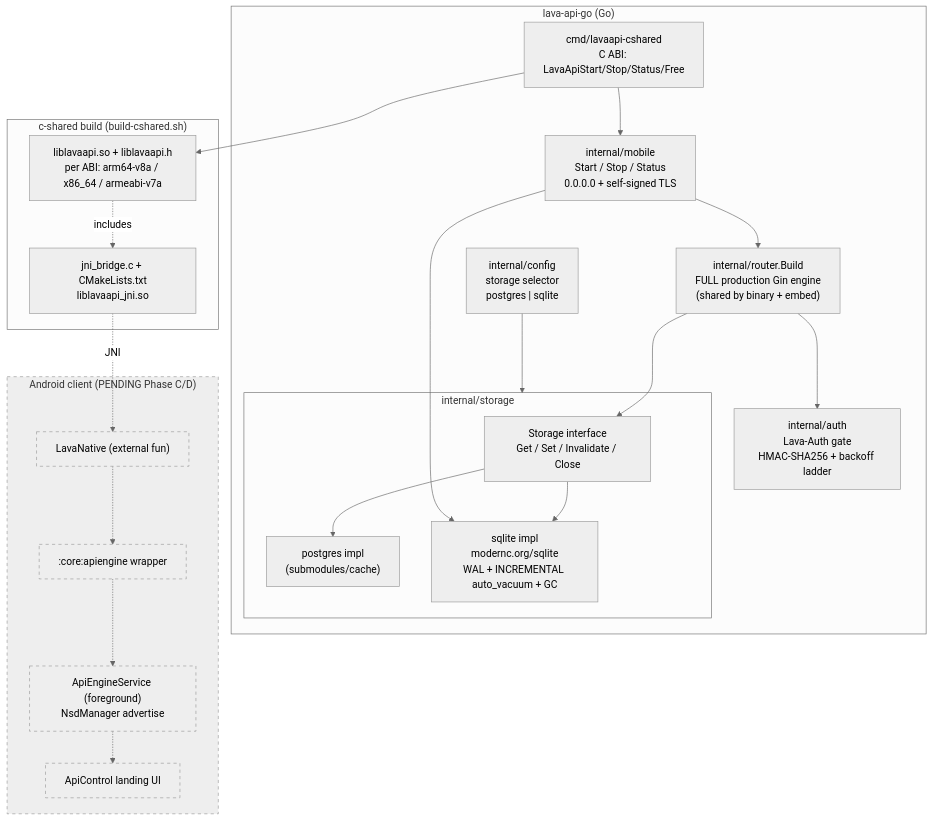
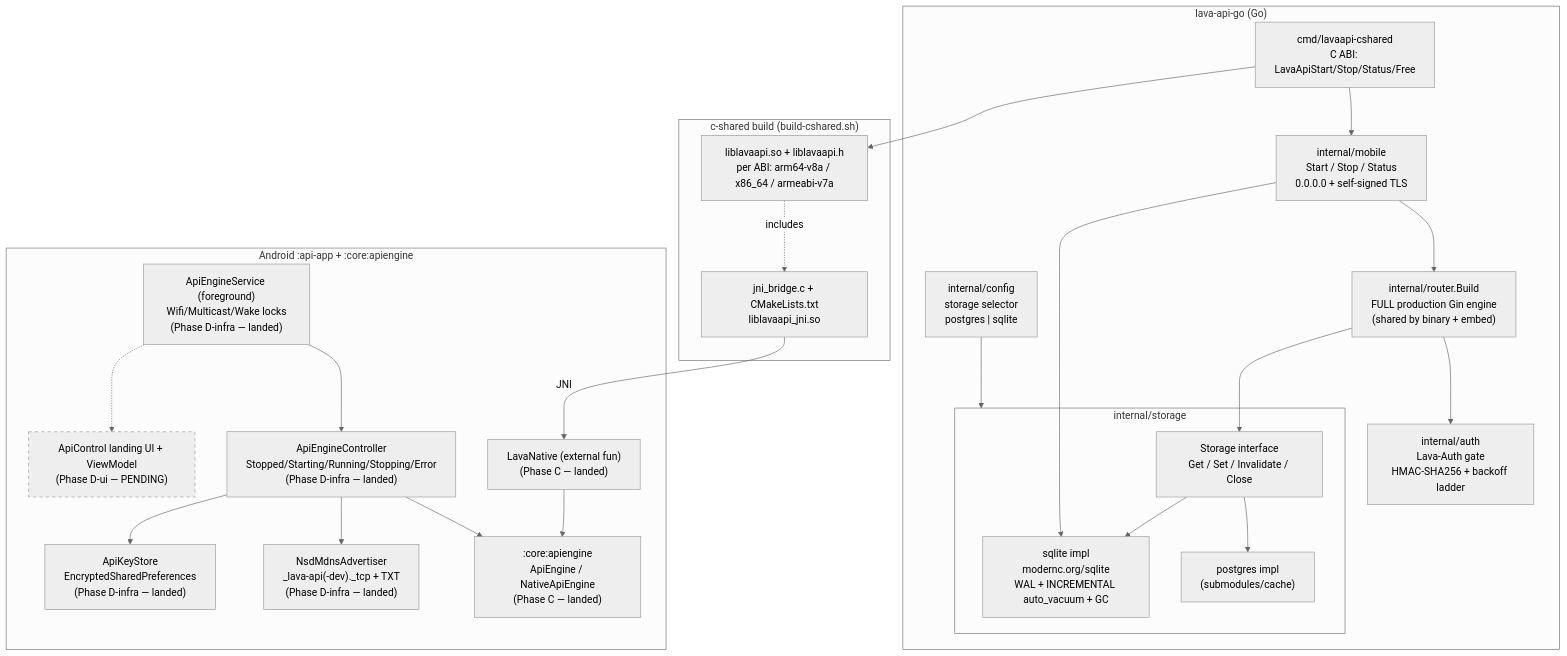
The first of 4 diagrams in docs/ON_DEVICE_API.md (milos85vasic/Lava), drawn with Mermaid (neutral theme) before and after one commit. The commit also changed other lines of this file and 4 other files, not shown here.

First line of the commit message:
docs(on-device-api): document Phase C (:core:apiengine JNI wrapper) + Phase D-infra (:api-app)

````diff
--- a/docs/ON_DEVICE_API.md
+++ b/docs/ON_DEVICE_API.md
@@ -352,45 +701,51 @@
 ```mermaid
 flowchart TB
     subgraph LavaApiGo["lava-api-go (Go)"]
         cfg["internal/config<br/>storage selector<br/>postgres | sqlite"]
         router["internal/router.Build<br/>FULL production Gin engine<br/>(shared by binary + embed)"]
         auth["internal/auth<br/>Lava-Auth gate<br/>HMAC-SHA256 + backoff ladder"]
         subgraph Storage["internal/storage"]
             iface["Storage interface<br/>Get / Set / Invalidate / Close"]
             pg["postgres impl<br/>(submodules/cache)"]
             sq["sqlite impl<br/>modernc.org/sqlite<br/>WAL + INCREMENTAL auto_vacuum + GC"]
         end
         mobile["internal/mobile<br/>Start / Stop / Status<br/>0.0.0.0 + self-signed TLS"]
         cshared["cmd/lavaapi-cshared<br/>C ABI: LavaApiStart/Stop/Status/Free"]
     end
 
     subgraph NativeBuild["c-shared build (build-cshared.sh)"]
         so["liblavaapi.so + liblavaapi.h<br/>per ABI: arm64-v8a / x86_64 / armeabi-v7a"]
         jni["jni_bridge.c + CMakeLists.txt<br/>liblavaapi_jni.so"]
     end
 
-    subgraph Android["Android client (PENDING Phase C/D)"]
-        kotlin["LavaNative (external fun)"]
-        engine[":core:apiengine wrapper"]
-        svc["ApiEngineService (foreground)<br/>NsdManager advertise"]
-        ui["ApiControl landing UI"]
+    subgraph Android["Android :api-app + :core:apiengine"]
+        kotlin["LavaNative (external fun)<br/>(Phase C — landed)"]
+        engine[":core:apiengine<br/>ApiEngine / NativeApiEngine<br/>(Phase C — landed)"]
+        ctrl["ApiEngineController<br/>Stopped/Starting/Running/Stopping/Error<br/>(Phase D-infra — landed)"]
+        svc["ApiEngineService (foreground)<br/>Wifi/Multicast/Wake locks<br/>(Phase D-infra — landed)"]
+        adv["NsdMdnsAdvertiser<br/>_lava-api(-dev)._tcp + TXT<br/>(Phase D-infra — landed)"]
+        keys["ApiKeyStore<br/>EncryptedSharedPreferences<br/>(Phase D-infra — landed)"]
+        ui["ApiControl landing UI + ViewModel<br/>(Phase D-ui — PENDING)"]
     end
 
     cfg --> Storage
     iface --> pg
     iface --> sq
     mobile --> router
     router --> auth
     router --> iface
     mobile --> sq
     cshared --> mobile
     cshared --> so
     so -.includes.-> jni
-    jni -.JNI.-> kotlin
-    kotlin -.-> engine
-    engine -.-> svc
+    jni -- JNI --> kotlin
+    kotlin --> engine
+    svc --> ctrl
+    ctrl --> engine
+    ctrl --> adv
+    ctrl --> keys
     svc -.-> ui
 
     classDef pending fill:#eee,stroke:#999,stroke-dasharray: 5 5;
-    class Android,kotlin,engine,svc,ui pending;
+    class ui pending;
 ```
````
